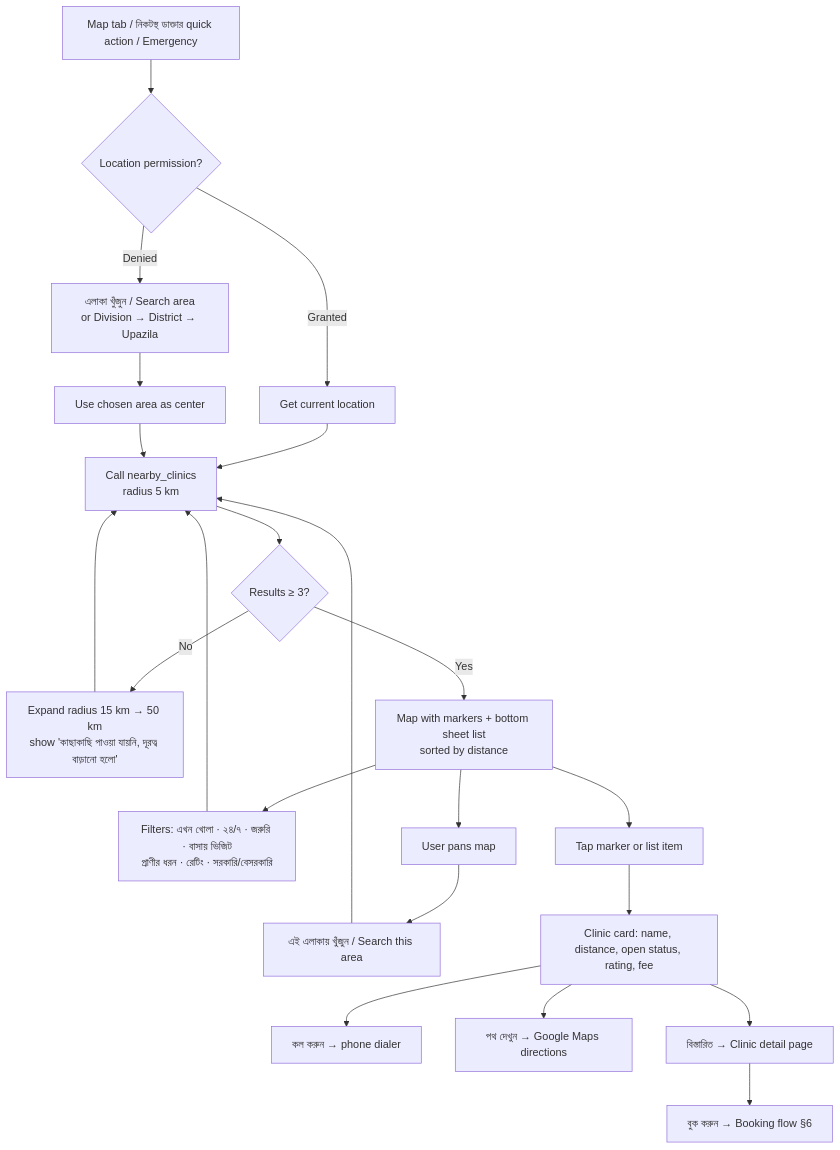
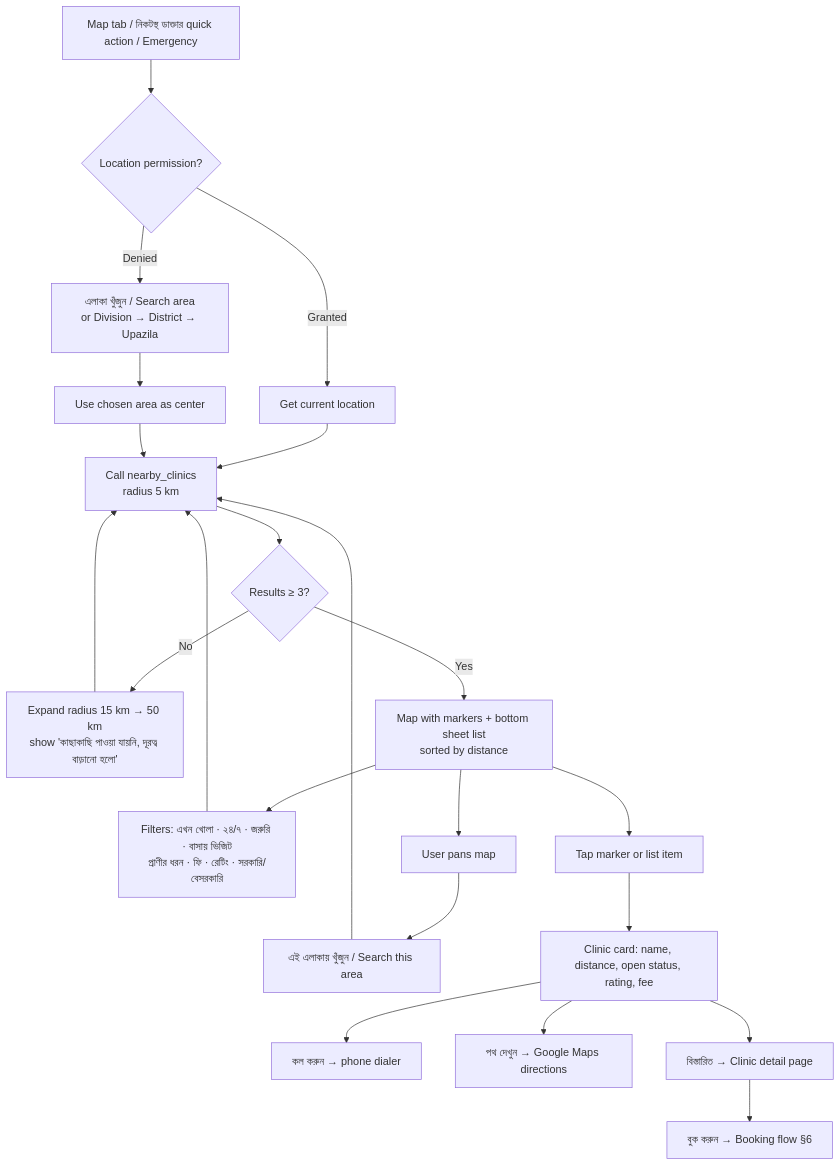
Before and after one commit to afridi2003-maverick/Pranora: the second of 8 diagrams in docs/app-flow.md, drawn with Mermaid. The commit also changed other lines of this file and 9 other files, not shown here.

````diff
--- a/docs/app-flow.md
+++ b/docs/app-flow.md
@@ -69,22 +86,22 @@
 ```mermaid
 flowchart TD
   ENTRY[Map tab / নিকটস্থ ডাক্তার quick action / Emergency] --> PERM{Location permission?}
   PERM -- Granted --> GPS[Get current location]
   PERM -- Denied --> AREA[এলাকা খুঁজুন / Search area<br/>or Division → District → Upazila]
   AREA --> CENTER[Use chosen area as center]
   GPS --> Q[Call nearby_clinics<br/>radius 5 km]
   CENTER --> Q
   Q --> RES{Results ≥ 3?}
   RES -- No --> EXP[Expand radius 15 km → 50 km<br/>show 'কাছাকাছি পাওয়া যায়নি, দূরত্ব বাড়ানো হলো']
   EXP --> Q
   RES -- Yes --> MAP[Map with markers + bottom sheet list<br/>sorted by distance]
-  MAP --> FILT[Filters: এখন খোলা · ২৪/৭ · জরুরি · বাসায় ভিজিট<br/>প্রাণীর ধরন · রেটিং · সরকারি/বেসরকারি]
+  MAP --> FILT[Filters: এখন খোলা · ২৪/৭ · জরুরি · বাসায় ভিজিট<br/>প্রাণীর ধরন · ফি · রেটিং · সরকারি/বেসরকারি]
   FILT --> Q
   MAP --> PAN[User pans map] --> SEARCHHERE[এই এলাকায় খুঁজুন / Search this area] --> Q
   MAP --> PIN[Tap marker or list item]
   PIN --> CARD[Clinic card: name, distance, open status, rating, fee]
   CARD --> CALL[কল করুন → phone dialer]
   CARD --> DIR[পথ দেখুন → Google Maps directions]
   CARD --> DET[বিস্তারিত → Clinic detail page]
   DET --> BOOK[বুক করুন → Booking flow §6]
 ```
````
